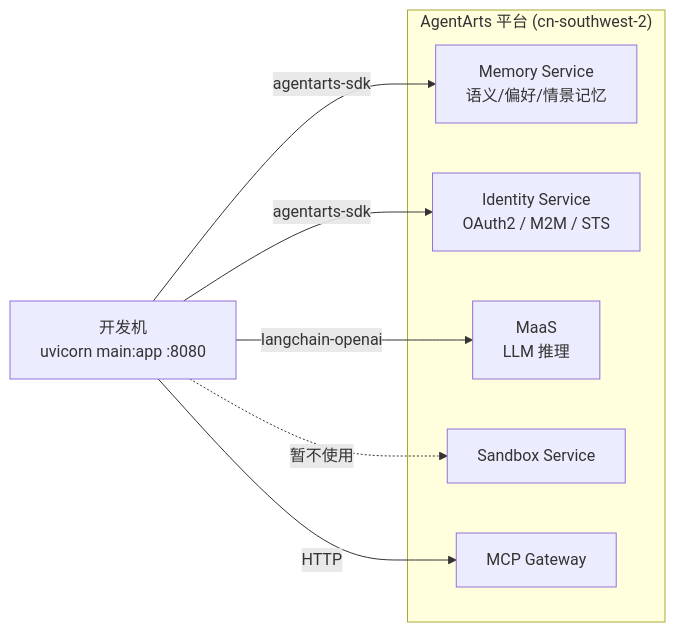
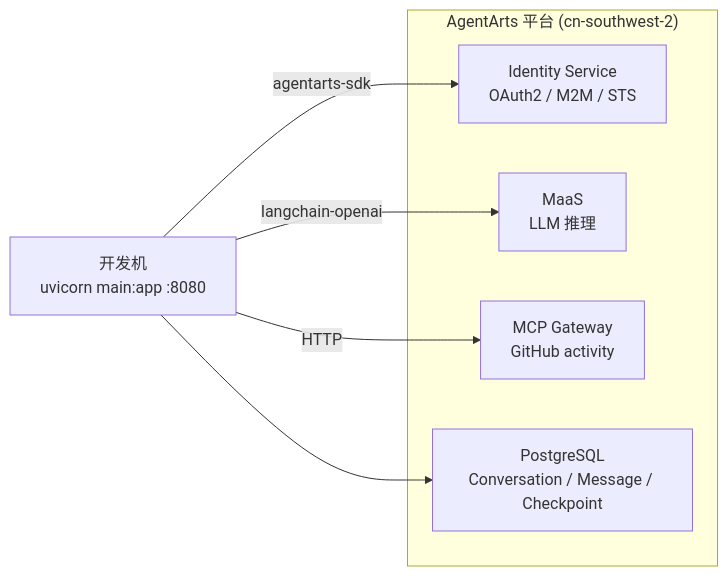
The first of 2 diagrams in personal-assistant-meta/architecture/devops/local-development.md (git-malu/personal-assistant), drawn with Mermaid before and after one commit. The commit also changed other lines of this file and 2 other files, not shown here.

First line of the commit message:
docs: align backend, frontend, and local-dev architecture with current implementation baseline

````diff
--- a/personal-assistant-meta/architecture/devops/local-development.md
+++ b/personal-assistant-meta/architecture/devops/local-development.md
@@ -13,18 +16,16 @@
 ```mermaid
 flowchart LR
     DevMachine["开发机<br/>uvicorn main:app :8080"]
     
     subgraph AgentArts["AgentArts 平台 (cn-southwest-2)"]
-        Memory["Memory Service<br/>语义/偏好/情景记忆"]
         Identity["Identity Service<br/>OAuth2 / M2M / STS"]
         MaaS["MaaS<br/>LLM 推理"]
-        Sandbox["Sandbox Service"]
-        Gateway["MCP Gateway"]
+        Gateway["MCP Gateway<br/>GitHub activity"]
+        PostgreSQL["PostgreSQL<br/>Conversation / Message / Checkpoint"]
     end
     
-    DevMachine -->|"agentarts-sdk"| Memory
     DevMachine -->|"agentarts-sdk"| Identity
     DevMachine -->|"langchain-openai"| MaaS
-    DevMachine -.->|"暂不使用"| Sandbox
     DevMachine -->|"HTTP"| Gateway
+    DevMachine --> PostgreSQL
 ```
````
